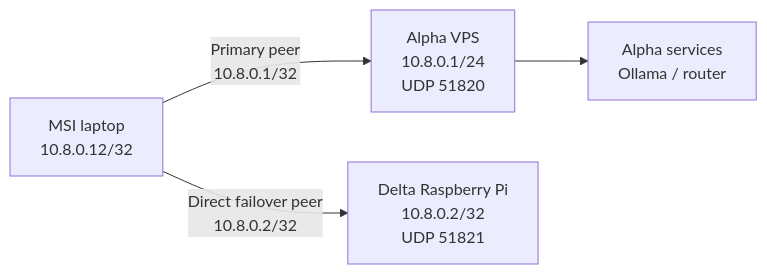
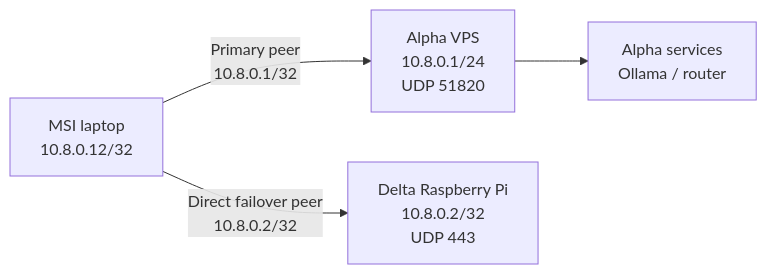
One commit to Manuel0516/zero-five-handbook changed the diagram in content/docs/laptop-msi/wireguard.mdx. Above: the diagram before and after it, drawn with Mermaid. The commit also changed other lines of this file and 8 other files, not shown here.

Commit message:
Document Delta UDP 443 and Alpha relay fallback

````diff
--- a/content/docs/laptop-msi/wireguard.mdx
+++ b/content/docs/laptop-msi/wireguard.mdx
@@ -12,6 +12,6 @@
 ```mermaid
 flowchart LR
     msi["MSI laptop<br/>10.8.0.12/32"] -->|"Primary peer<br/>10.8.0.1/32"| alpha["Alpha VPS<br/>10.8.0.1/24<br/>UDP 51820"]
-    msi -->|"Direct failover peer<br/>10.8.0.2/32"| delta["Delta Raspberry Pi<br/>10.8.0.2/32<br/>UDP 51821"]
+    msi -->|"Direct failover peer<br/>10.8.0.2/32"| delta["Delta Raspberry Pi<br/>10.8.0.2/32<br/>UDP 443"]
     alpha --> services["Alpha services<br/>Ollama / router"]
 ```
````
